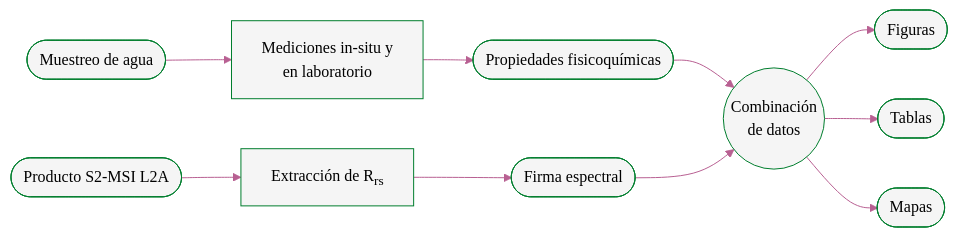
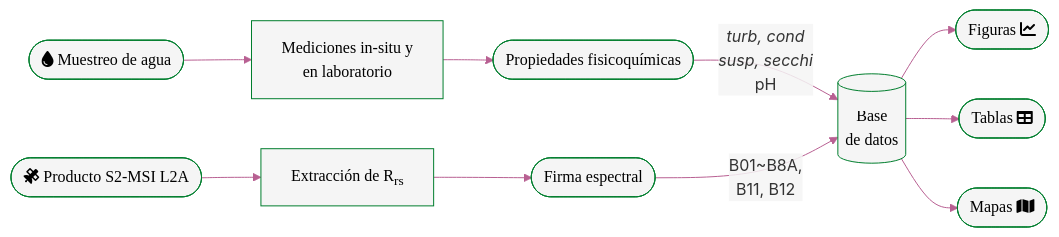
Before and after one commit to vhgauto/gistaq_parana: the diagram in index.qmd, drawn with Mermaid. The commit also changed other lines of this file and 1 other file, not shown here.

Commit message:
agrego íconos de fontawesome al diagrama de flujo mermaid

````diff
--- a/index.qmd
+++ b/index.qmd
@@ -125,32 +131,30 @@
 ```{mermaid}
 %%| fig-cap: Flujo de trabajo.
 %%| label: fig-workflow
 
 %%{
   init: {
     'themeVariables': {
-      'lineColor': '#B86092'
+      'lineColor': '#B86092',
+      'edgeLabelBackground': '#F5F5F5B3'
     }
   }
 }%%
 
 flowchart LR
-    a1([Muestreo de agua])-->a2[Mediciones in-situ y<br>en laboratorio]
+    a1([fa:fa-droplet Muestreo de agua])-->a2[Mediciones in-situ y<br>en laboratorio]
     a2-->a3([Propiedades fisicoquímicas])
 
-    b1([Producto S2-MSI L2A])-->b2[Extracción de R<sub>rs</sub>]
+    b1([fa:fa-satellite Producto S2-MSI L2A])-->b2[Extracción de R<sub>rs</sub>]
     b2-->b3([Firma espectral])
 
-    %% a3--> |<i>turb, cond<br>susp, secchi<br></i>pH| E((Combinación<br>de datos))
-    %% b3--> |B01~B8A,<br>B11, B12| E
+    a3--> |<i>turb, cond<br>susp, secchi<br></i>pH| E[(Base<br>de datos)]
+    b3--> |B01~B8A,<br>B11, B12| E
 
-    a3--> E((Combinación<br>de datos))
-    b3--> E
-
-    E-->F([Figuras])
-    E-->G([Tablas])
-    E-->H([Mapas])
+    E-->F([Figuras fa:fa-chart-line])
+    E-->G([Tablas fa:fa-table])
+    E-->H([Mapas fa:fa-map])
 
     classDef default fill:#F5F5F5,stroke:#007E2E,stroke-width:1px,font-family:Ubuntu,color:black;
     linkStyle default stroke:#B86092,stroke-width:1px;
 ```
````
